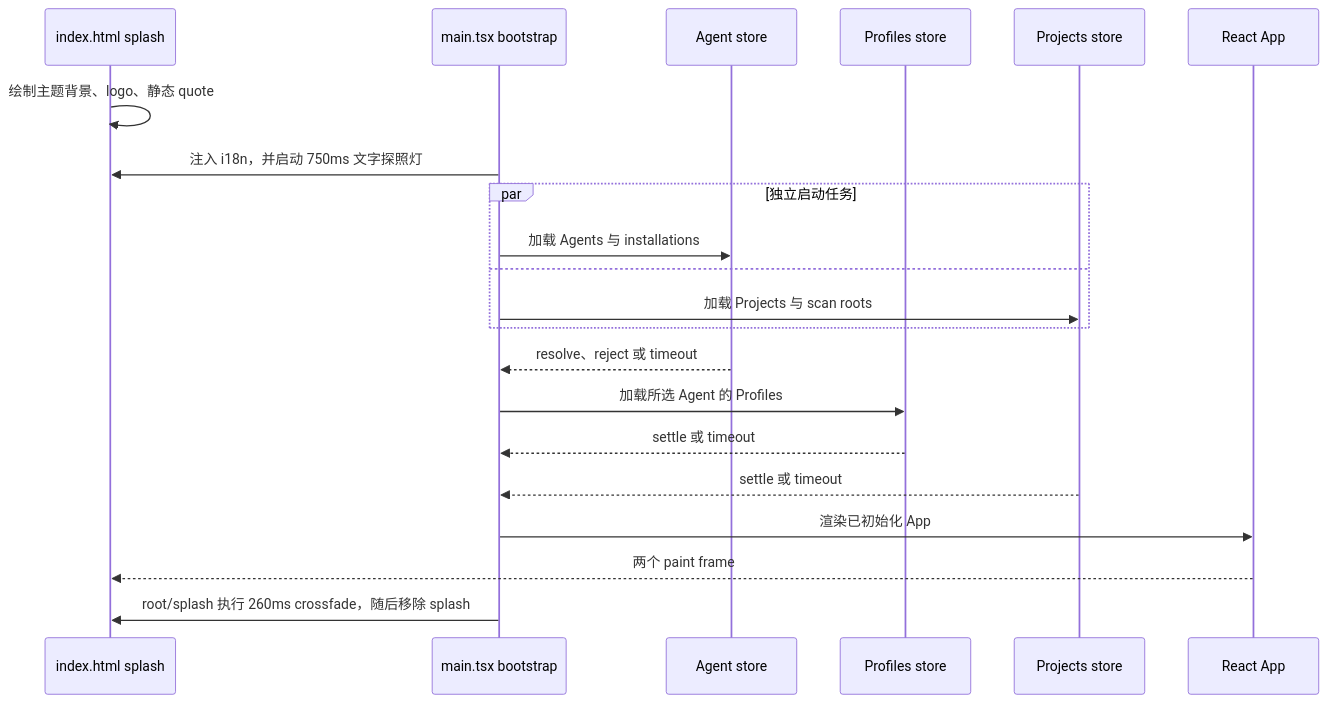
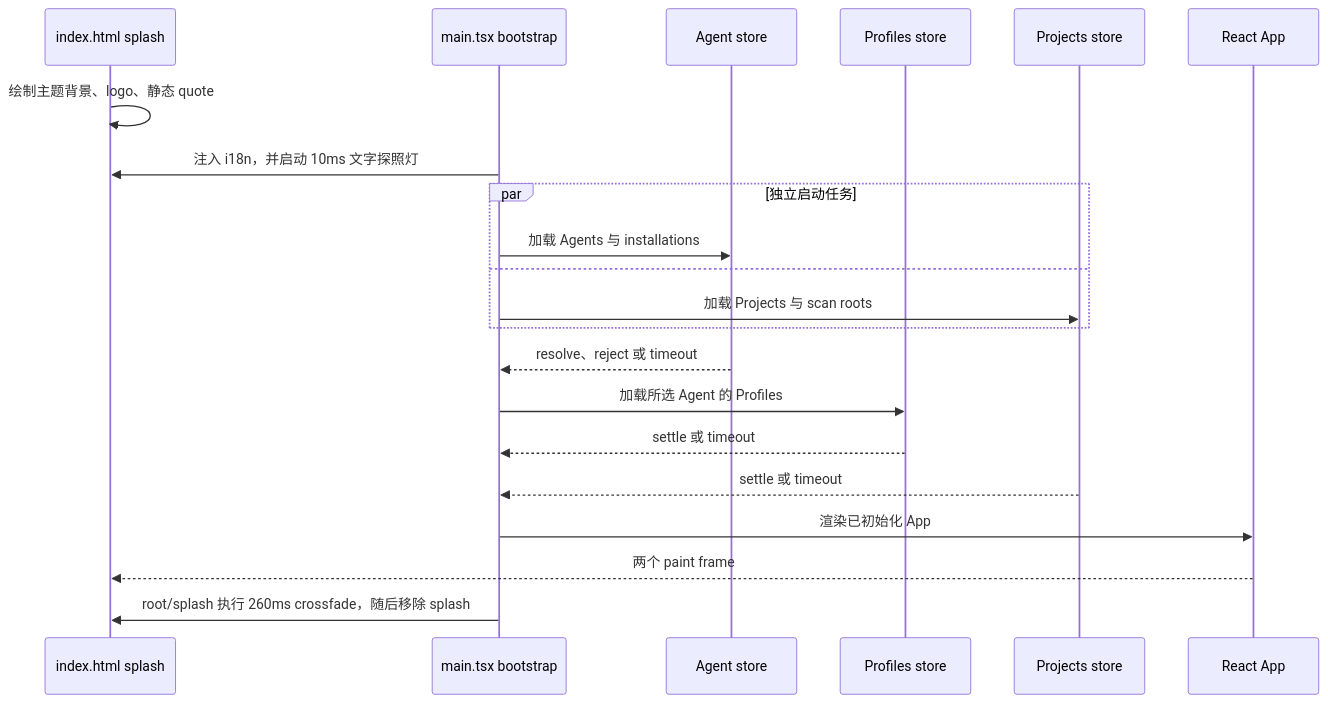
Before and after one commit to taobaorun/ad: the diagram in docs/plans/2026-07-17-001-feat-branded-startup-loading-plan.md, drawn with Mermaid. The commit also changed other lines of this file and 5 other files, not shown here.

````diff
--- a/docs/plans/2026-07-17-001-feat-branded-startup-loading-plan.md
+++ b/docs/plans/2026-07-17-001-feat-branded-startup-loading-plan.md
@@ -87,23 +87,23 @@
 ```mermaid
 sequenceDiagram
   participant H as index.html splash
   participant M as main.tsx bootstrap
   participant A as Agent store
   participant P as Profiles store
   participant J as Projects store
   participant UI as React App
   H->>H: 绘制主题背景、logo、静态 quote
-  M->>H: 注入 i18n，并启动 750ms 文字探照灯
+  M->>H: 注入 i18n，并启动 10ms 文字探照灯
   par 独立启动任务
     M->>A: 加载 Agents 与 installations
   and
     M->>J: 加载 Projects 与 scan roots
   end
   A-->>M: resolve、reject 或 timeout
   M->>P: 加载所选 Agent 的 Profiles
   P-->>M: settle 或 timeout
   J-->>M: settle 或 timeout
   M->>UI: 渲染已初始化 App
   UI-->>H: 两个 paint frame
   M->>H: root/splash 执行 260ms crossfade，随后移除 splash
 ```
````
